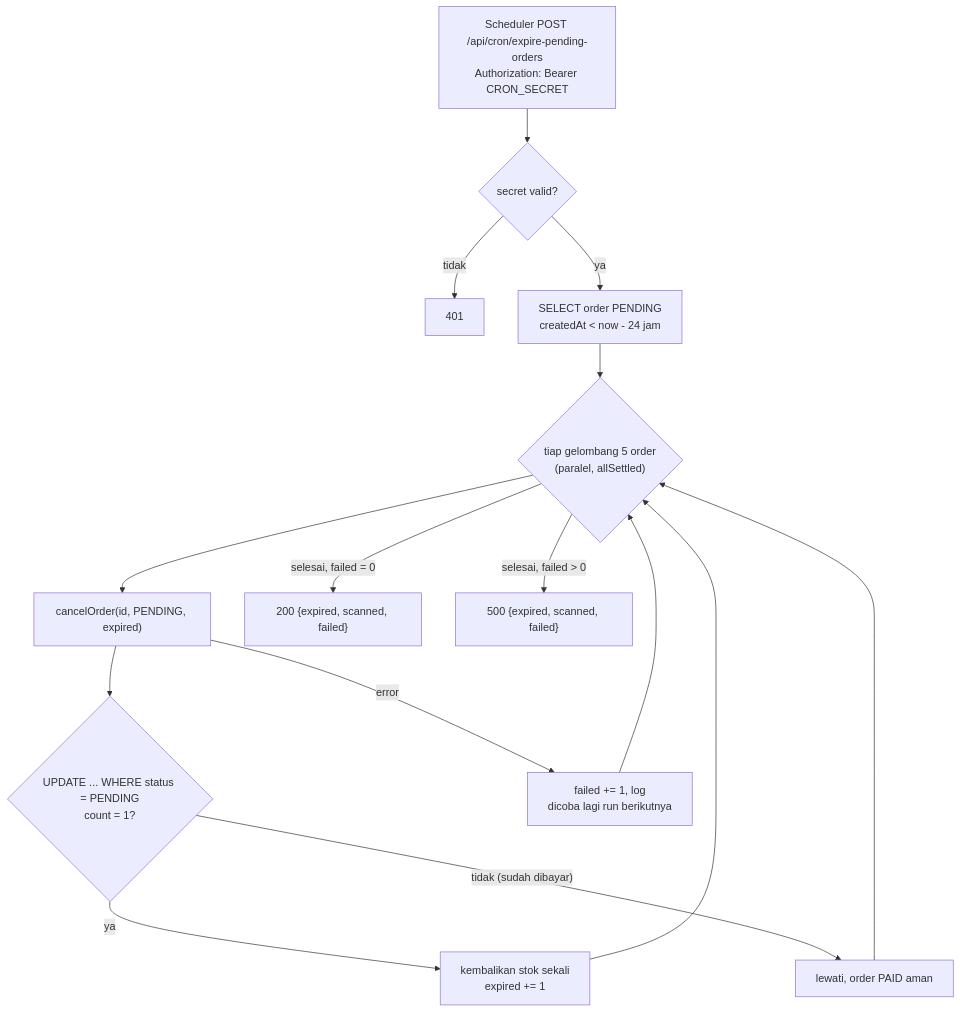
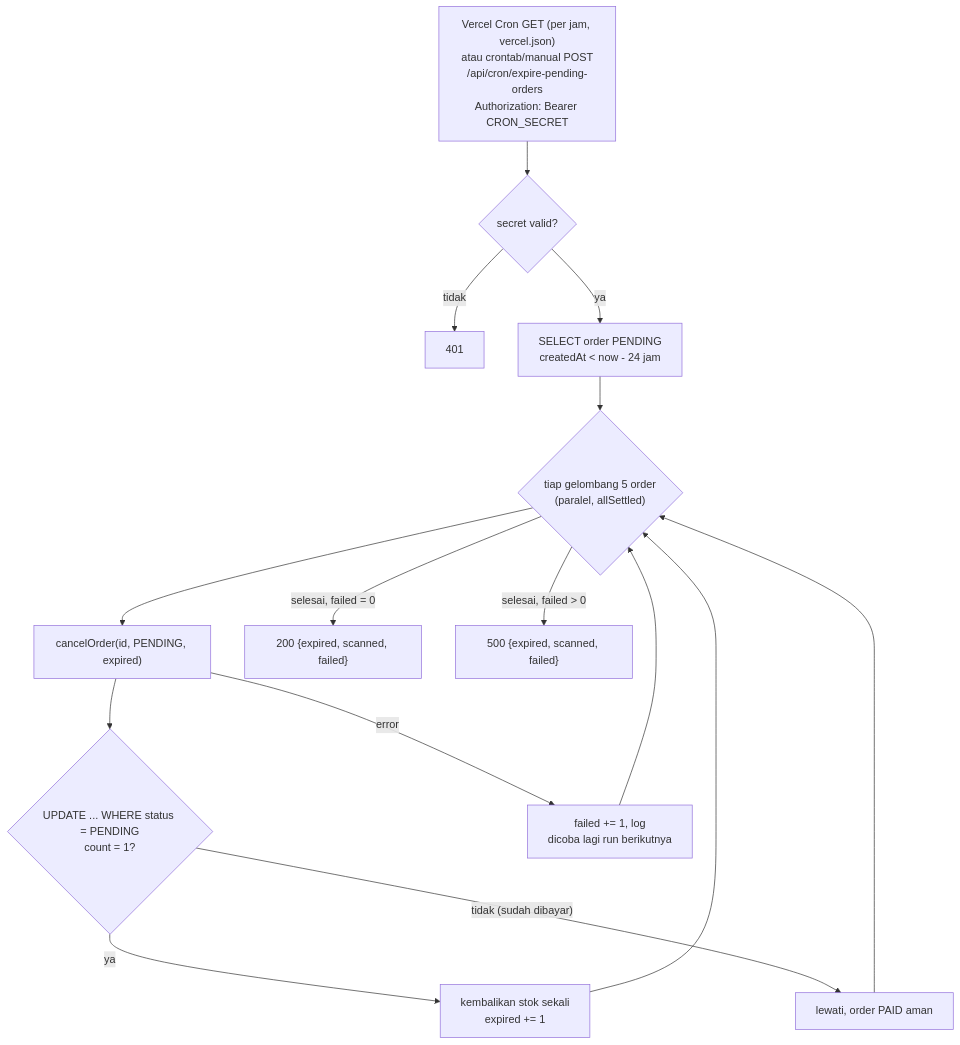
Before and after one commit to imamnura/zari-madu: the fifth of 7 diagrams in docs/engineering/FLOWS.md, drawn with Mermaid. The commit also changed 5 other files, not shown here.

````diff
--- a/docs/engineering/FLOWS.md
+++ b/docs/engineering/FLOWS.md
@@ -137,17 +137,17 @@
 ```mermaid
 flowchart TD
-    A["Scheduler POST /api/cron/expire-pending-orders<br/>Authorization: Bearer CRON_SECRET"] --> B{"secret valid?"}
+    A["Vercel Cron GET (per jam, vercel.json)<br/>atau crontab/manual POST<br/>/api/cron/expire-pending-orders<br/>Authorization: Bearer CRON_SECRET"] --> B{"secret valid?"}
     B -- tidak --> X["401"]
     B -- ya --> C["SELECT order PENDING<br/>createdAt < now - 24 jam"]
     C --> D{"tiap gelombang 5 order<br/>(paralel, allSettled)"}
     D --> E["cancelOrder(id, PENDING, expired)"]
     E --> F{"UPDATE ... WHERE status = PENDING<br/>count = 1?"}
     F -- ya --> G["kembalikan stok sekali<br/>expired += 1"]
     F -- "tidak (sudah dibayar)" --> H["lewati, order PAID aman"]
     G --> D
     H --> D
     E -- error --> J["failed += 1, log<br/>dicoba lagi run berikutnya"]
     J --> D
     D -- "selesai, failed = 0" --> I["200 {expired, scanned, failed}"]
     D -- "selesai, failed > 0" --> K["500 {expired, scanned, failed}"]
 ```
````
